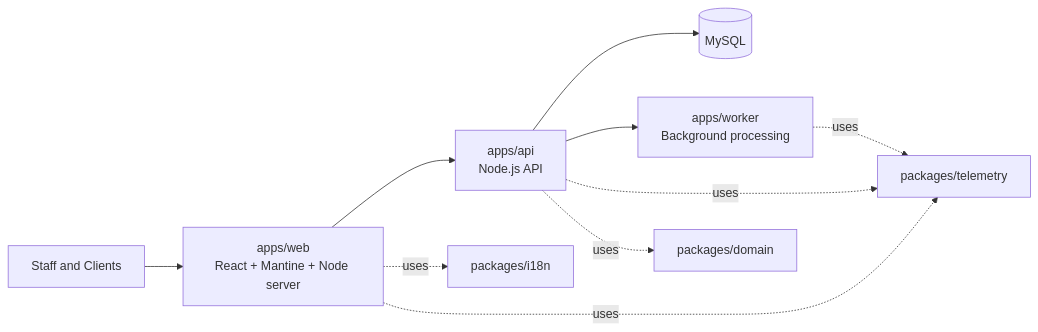
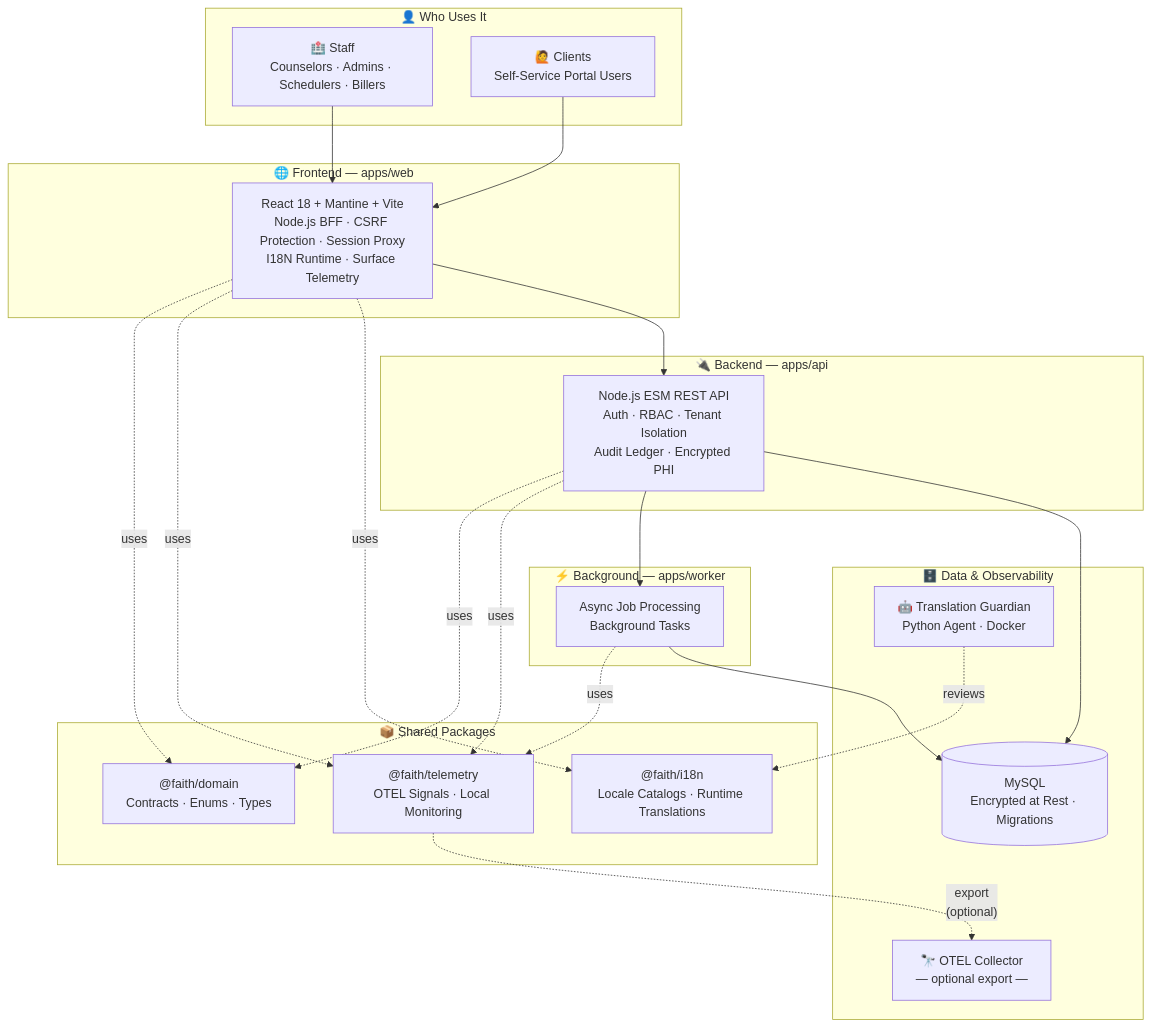
Before and after one commit to ricardojjulia/FaithCounseling: the diagram in README.md, drawn with Mermaid. The commit also changed other lines of this file, not shown here.

Commit message:
docs: update README with welcoming hero, upgraded architecture diagram, and User Manual in Recent Updates
- Replace flat opening with scripture quote (Colossians 3:23) and welcoming narrative
- Add User Manual CTA link in hero section
- Upgrade architecture diagram from flowchart LR to flowchart TB with 5 labeled subgraphs,
  emoji icons per layer, OTEL export path, Translation Guardian agent, and richer node descriptions
- Add User Manual (April 5, 2026) as top Recent Updates entry
- Deduplicate Month Picker bug section (condensed into Recent Updates)

````diff
--- a/README.md
+++ b/README.md
@@ -131,13 +135,48 @@
 ```mermaid
-flowchart LR
-   U[Staff and Clients] --> WEB[apps/web\nReact + Mantine + Node server]
-   WEB --> API[apps/api\nNode.js API]
-   API --> DB[(MySQL)]
-   API --> WRK[apps/worker\nBackground processing]
+flowchart TB
+    subgraph users[" 👤  Who Uses It "]
+        STAFF["🏥 Staff\nCounselors · Admins · Schedulers · Billers"]
+        CLIENT["🙋 Clients\nSelf-Service Portal Users"]
+    end
 
-   WEB -. uses .-> I18N[packages/i18n]
-   WEB -. uses .-> TEL[packages/telemetry]
-   API -. uses .-> TEL
-   API -. uses .-> DOM[packages/domain]
-   WRK -. uses .-> TEL
+    subgraph frontend[" 🌐  Frontend — apps/web "]
+        WEB["React 18 + Mantine + Vite\nNode.js BFF · CSRF Protection · Session Proxy\nI18N Runtime · Surface Telemetry"]
+    end
+
+    subgraph backend[" 🔌  Backend — apps/api "]
+        API["Node.js ESM REST API\nAuth · RBAC · Tenant Isolation\nAudit Ledger · Encrypted PHI"]
+    end
+
+    subgraph worker[" ⚡  Background — apps/worker "]
+        WRK["Async Job Processing\nBackground Tasks"]
+    end
+
+    subgraph packages[" 📦  Shared Packages "]
+        DOM["@faith/domain\nContracts · Enums · Types"]
+        I18N["@faith/i18n\nLocale Catalogs · Runtime Translations"]
+        TEL["@faith/telemetry\nOTEL Signals · Local Monitoring"]
+    end
+
+    subgraph infra[" 🗄️  Data & Observability "]
+        DB[("MySQL\nEncrypted at Rest · Migrations")]
+        OTEL["🔭 OTEL Collector\n— optional export —"]
+        AGENT["🤖 Translation Guardian\nPython Agent · Docker"]
+    end
+
+    STAFF --> WEB
+    CLIENT --> WEB
+    WEB --> API
+    API --> DB
+    API --> WRK
+    WRK --> DB
+
+    WEB -. uses .-> I18N
+    WEB -. uses .-> TEL
+    WEB -. uses .-> DOM
+    API -. uses .-> TEL
+    API -. uses .-> DOM
+    WRK -. uses .-> TEL
+
+    TEL -.->|"export\n(optional)"| OTEL
+    AGENT -.->|"reviews"| I18N
 ```
````
